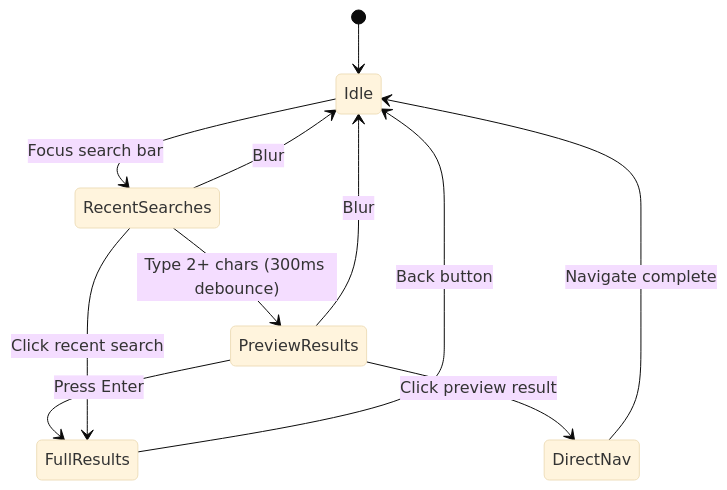
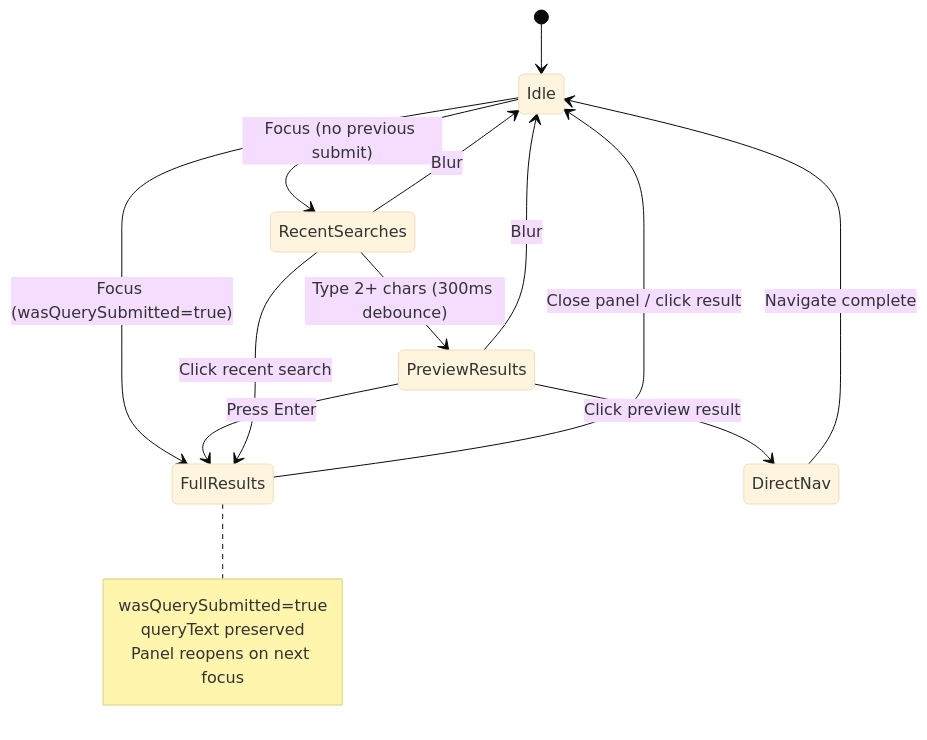
One commit to sammaditthi/wisdom-project changed the diagram in docs/search_implementation_plan.md. Above: the diagram before and after it, drawn with Mermaid (base theme). The commit also changed other lines of this file and 21 other files, not shown here.

Commit message:
refactor(search): Replaced results screen with slide panel - differentiated preview results (query not submitted) vs full results search mode - improve matching logic - code refactoring - update tests

````diff
--- a/docs/search_implementation_plan.md
+++ b/docs/search_implementation_plan.md
@@ -82,13 +179,20 @@
 ```mermaid
 stateDiagram-v2
     [*] --> Idle
-    Idle --> RecentSearches: Focus search bar
+    Idle --> RecentSearches: Focus (no previous submit)
+    Idle --> FullResults: Focus (wasQuerySubmitted=true)
     RecentSearches --> PreviewResults: Type 2+ chars (300ms debounce)
     PreviewResults --> FullResults: Press Enter
     PreviewResults --> DirectNav: Click preview result
     RecentSearches --> FullResults: Click recent search
     RecentSearches --> Idle: Blur
     PreviewResults --> Idle: Blur
-    FullResults --> Idle: Back button
+    FullResults --> Idle: Close panel / click result
     DirectNav --> Idle: Navigate complete
+
+    note right of FullResults
+        wasQuerySubmitted=true
+        queryText preserved
+        Panel reopens on next focus
+    end note
 ```
````
